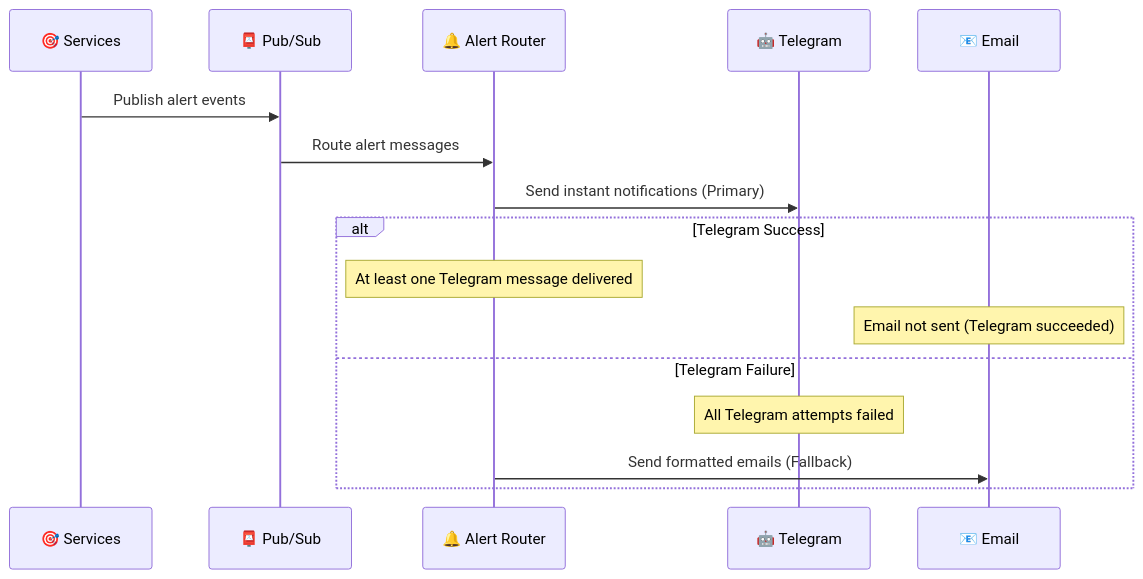
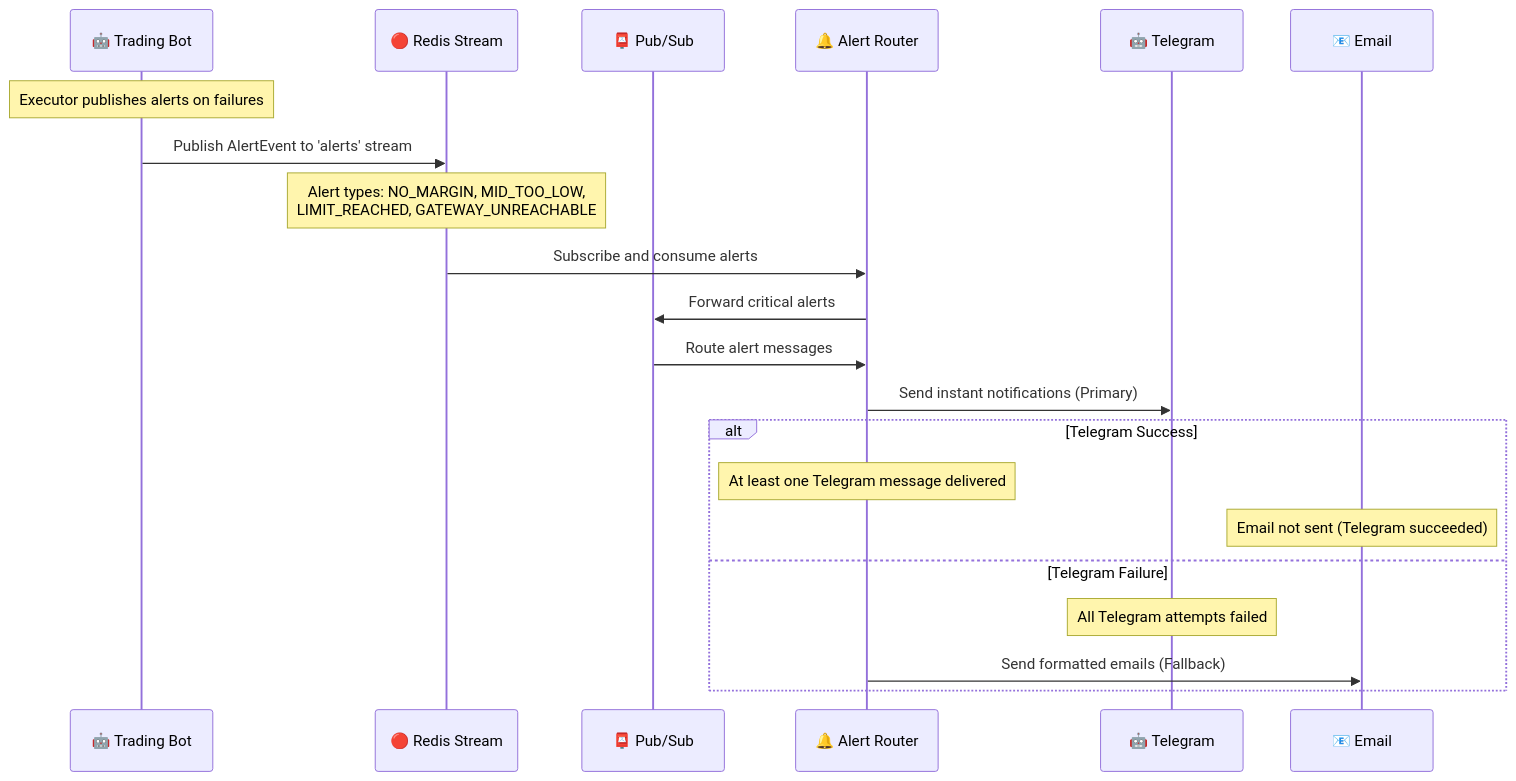
One commit to AIgen-Solutions-s-r-l/SpreadPilot changed the fourth of 5 diagrams in docs/01-system-architecture.md. Above: the diagram before and after it, drawn with Mermaid. The commit also changed other lines of this file and 2 other files, not shown here.

First line of the commit message:
docs: update architecture diagrams to reflect Redis stream integration

````diff
--- a/docs/01-system-architecture.md
+++ b/docs/01-system-architecture.md
@@ -387,19 +405,25 @@
 ```mermaid
 sequenceDiagram
-    participant SRV as 🎯 Services
+    participant TB as 🤖 Trading Bot
+    participant RS as 🔴 Redis Stream
     participant PS as 📮 Pub/Sub
     participant AR as 🔔 Alert Router
     participant TG as 🤖 Telegram
     participant EM as 📧 Email
     
-    SRV->>PS: Publish alert events
+    Note over TB: Executor publishes alerts on failures
+    TB->>RS: Publish AlertEvent to 'alerts' stream
+    Note over RS: Alert types: NO_MARGIN, MID_TOO_LOW,<br/>LIMIT_REACHED, GATEWAY_UNREACHABLE
+    
+    RS->>AR: Subscribe and consume alerts
+    AR->>PS: Forward critical alerts
     PS->>AR: Route alert messages
     AR->>TG: Send instant notifications (Primary)
     alt Telegram Success
         Note over AR: At least one Telegram message delivered
         Note over EM: Email not sent (Telegram succeeded)
     else Telegram Failure
         Note over TG: All Telegram attempts failed
         AR->>EM: Send formatted emails (Fallback)
     end
 ```
````
